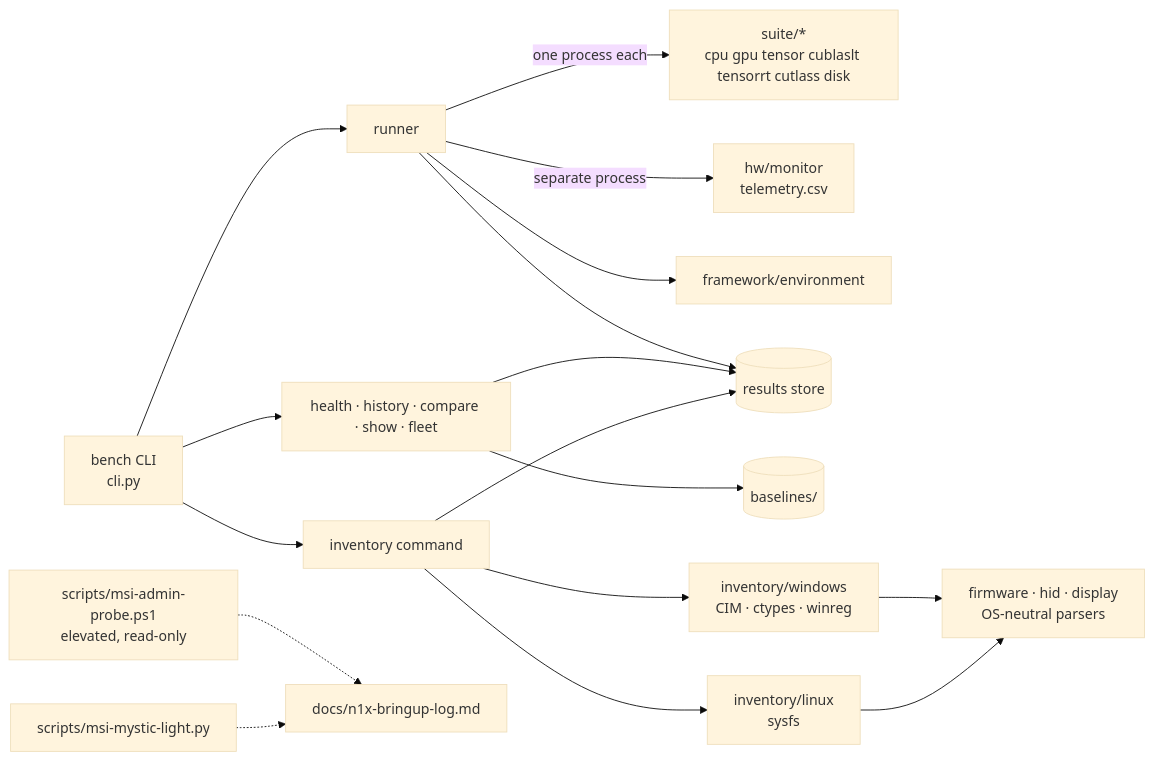
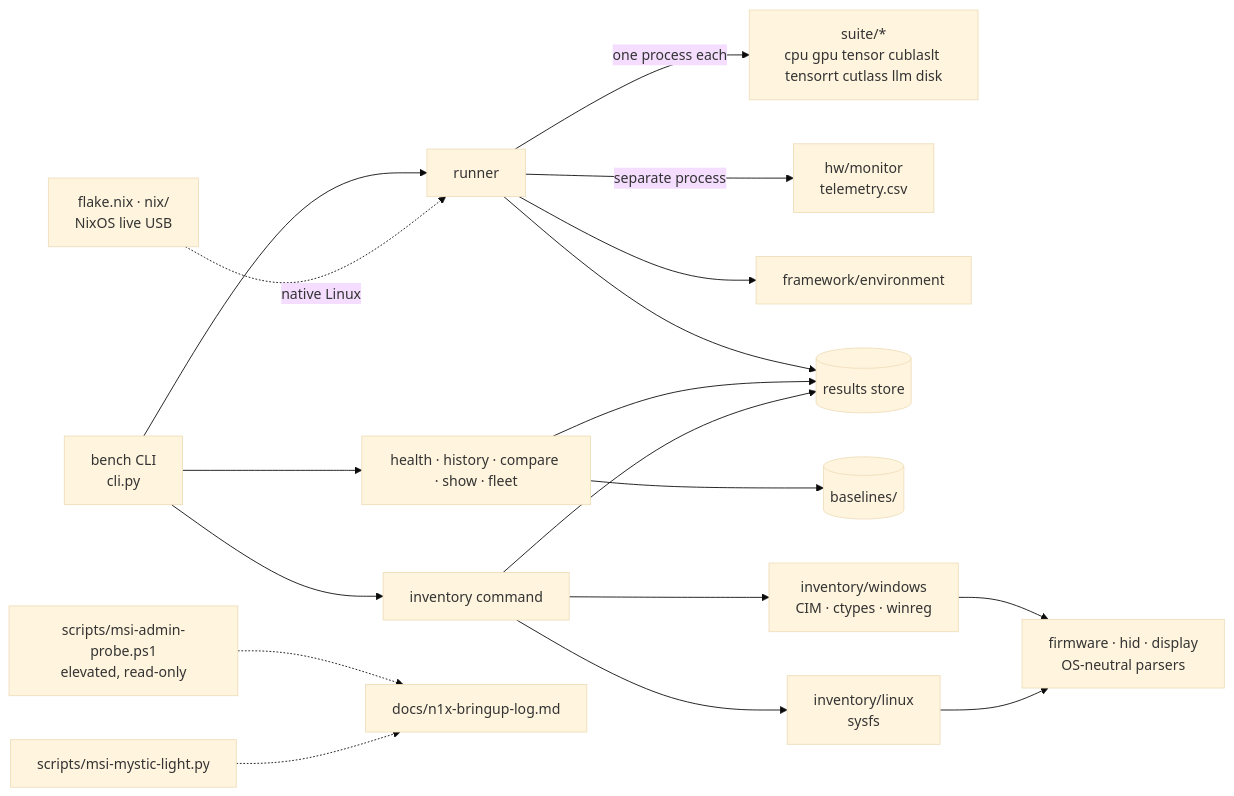
Before and after one commit to leoank/anvesana: the diagram in docs/architecture.md, drawn with Mermaid (base theme). The commit also changed other lines of this file and 35 other files, not shown here.

````diff
--- a/docs/architecture.md
+++ b/docs/architecture.md
@@ -56,19 +56,20 @@
 ```mermaid
 flowchart LR
   CLI[bench CLI<br/>cli.py] --> RUN[runner]
   CLI --> INV[inventory command]
   CLI --> QRY[health · history · compare · show · fleet]
-  RUN -->|one process each| SUITE[suite/*<br/>cpu gpu tensor cublaslt tensorrt cutlass disk]
+  RUN -->|one process each| SUITE[suite/*<br/>cpu gpu tensor cublaslt tensorrt cutlass llm disk]
   RUN -->|separate process| MON[hw/monitor<br/>telemetry.csv]
   RUN --> ENV[framework/environment]
   RUN --> STORE[(results store)]
   QRY --> STORE
   QRY --> BASE[(baselines/)]
   INV --> WIN[inventory/windows<br/>CIM · ctypes · winreg]
   INV --> LNX[inventory/linux<br/>sysfs]
   WIN --> FW[firmware · hid · display<br/>OS-neutral parsers]
   LNX --> FW
   INV --> STORE
   PROBE[scripts/msi-admin-probe.ps1<br/>elevated, read-only] -.-> LOG[docs/n1x-bringup-log.md]
   RGB[scripts/msi-mystic-light.py] -.-> LOG
+  LIVE[flake.nix · nix/<br/>NixOS live USB] -.->|native Linux| RUN
 ```
````
